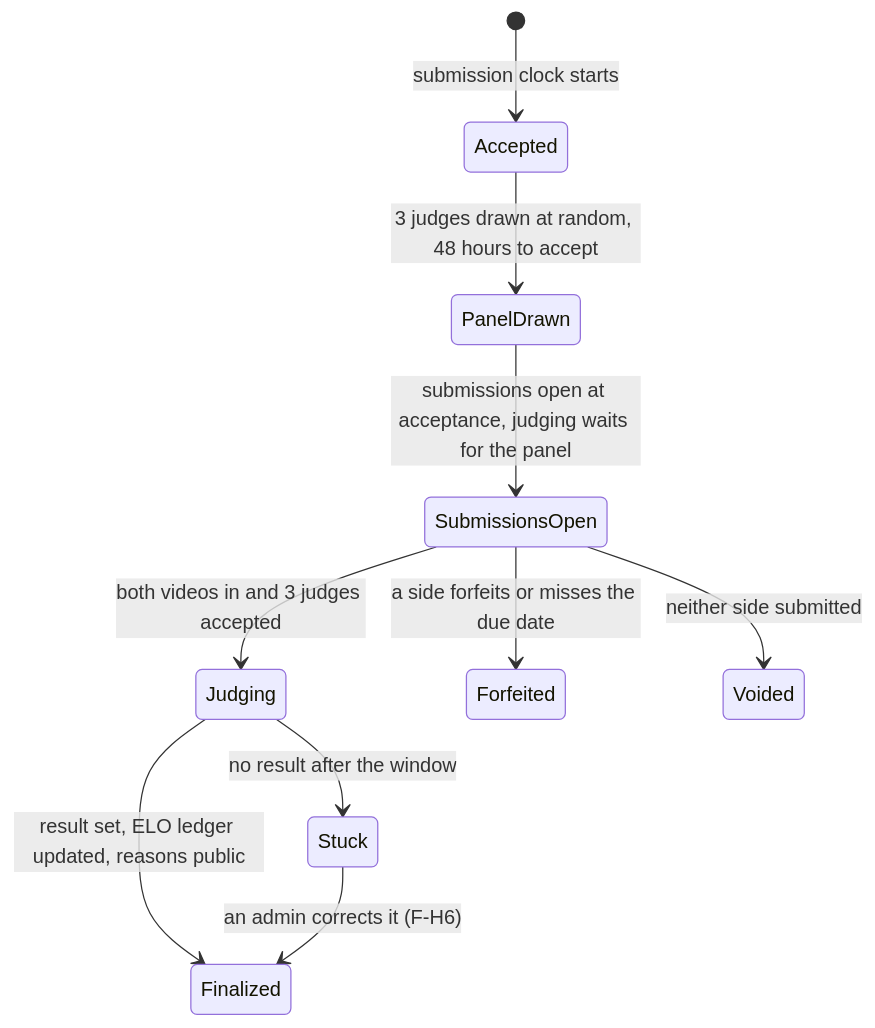
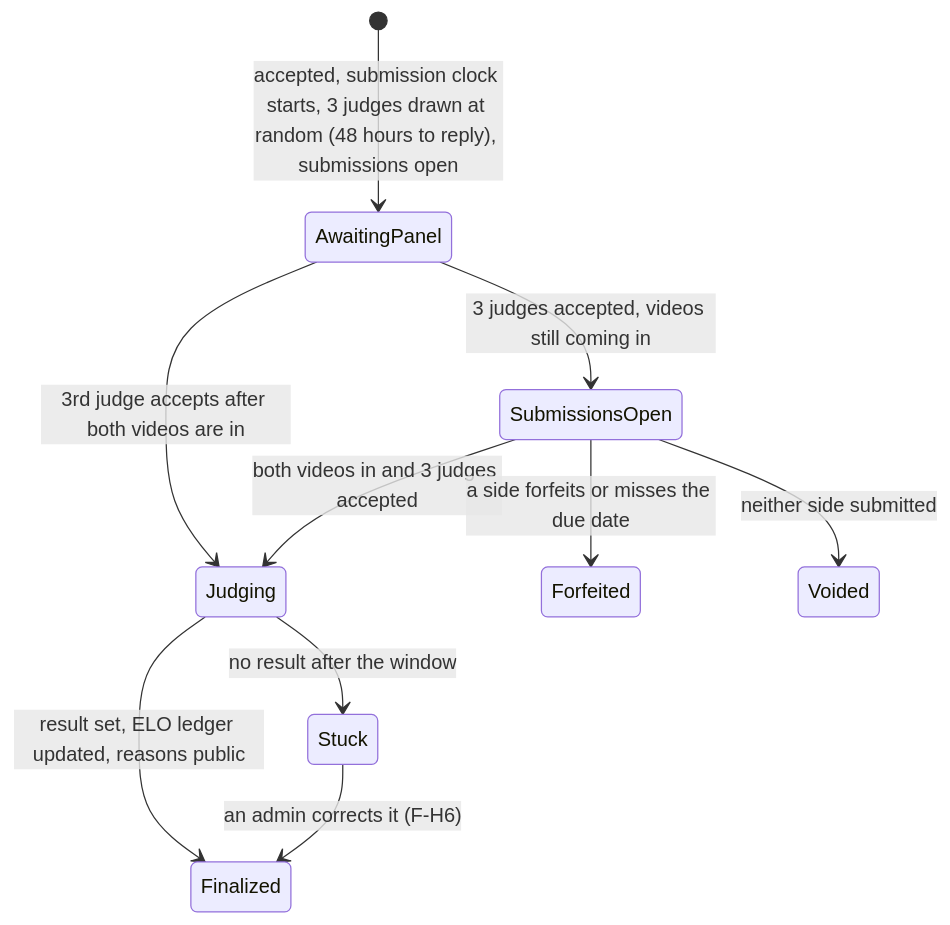
One commit to Vioh-code/glovesup.tv changed the second of 4 diagrams in docs/03-state-flows.md. Above: the diagram before and after it, drawn with Mermaid. The commit also changed other lines of this file and 24 other files, not shown here.

````diff
--- a/docs/03-state-flows.md
+++ b/docs/03-state-flows.md
@@ -41,12 +41,12 @@
 ```mermaid
 stateDiagram-v2
-  [*] --> Accepted: submission clock starts
-  Accepted --> PanelDrawn: 3 judges drawn at random, 48 hours to accept
-  PanelDrawn --> SubmissionsOpen: submissions open at acceptance, judging waits for the panel
+  [*] --> AwaitingPanel: accepted, submission clock starts, 3 judges drawn at random (48 hours to reply), submissions open
+  AwaitingPanel --> SubmissionsOpen: 3 judges accepted, videos still coming in
+  AwaitingPanel --> Judging: 3rd judge accepts after both videos are in
   SubmissionsOpen --> Judging: both videos in and 3 judges accepted
   Judging --> Finalized: result set, ELO ledger updated, reasons public
   SubmissionsOpen --> Forfeited: a side forfeits or misses the due date
   SubmissionsOpen --> Voided: neither side submitted
   Judging --> Stuck: no result after the window
   Stuck --> Finalized: an admin corrects it (F-H6)
 ```
````
